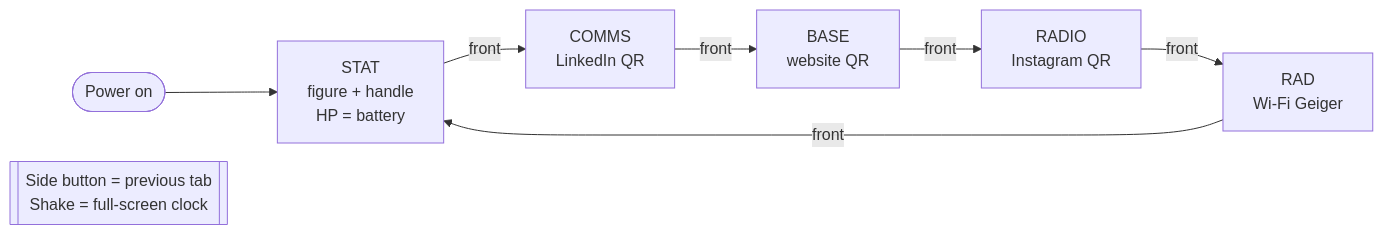
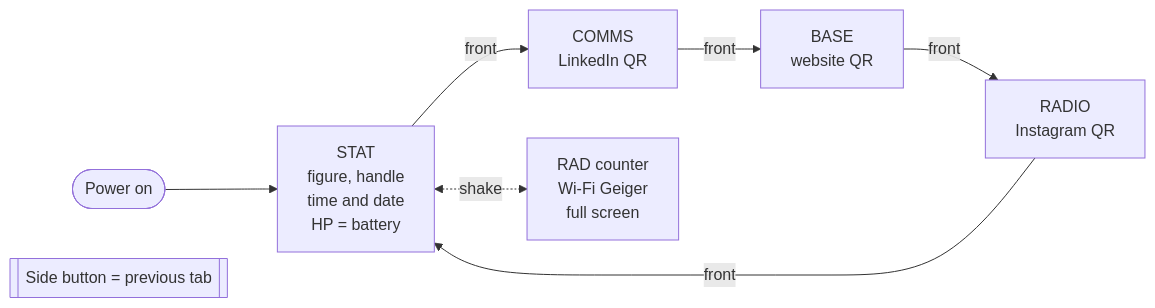
Before and after one commit to SuperDidZero/m5stick-pip-boy: the first of 2 diagrams in README.md, drawn with Mermaid. The commit also changed other lines of this file and 1 other file, not shown here.

First line of the commit message:
Four tabs, time and date on STAT, shake opens the RAD counter; drop RTC code (StickS3 has no RTC)

````diff
--- a/README.md
+++ b/README.md
@@ -25,10 +28,10 @@
 ```mermaid
 flowchart LR
     BOOT([Power on]) --> STAT
-    STAT["STAT<br/>figure + handle<br/>HP = battery"] -- front --> COMMS["COMMS<br/>LinkedIn QR"]
+    STAT["STAT<br/>figure, handle<br/>time and date<br/>HP = battery"] -- front --> COMMS["COMMS<br/>LinkedIn QR"]
     COMMS -- front --> BASE["BASE<br/>website QR"]
     BASE -- front --> RADIO["RADIO<br/>Instagram QR"]
-    RADIO -- front --> RAD["RAD<br/>Wi-Fi Geiger"]
-    RAD -- front --> STAT
-    SIDE[["Side button = previous tab<br/>Shake = full-screen clock"]]
+    RADIO -- front --> STAT
+    STAT <-. shake .-> RAD["RAD counter<br/>Wi-Fi Geiger<br/>full screen"]
+    SIDE[["Side button = previous tab"]]
 ```
````
